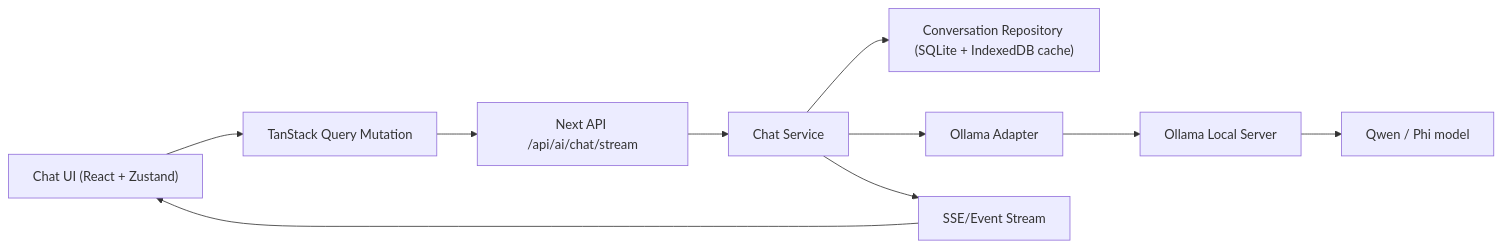
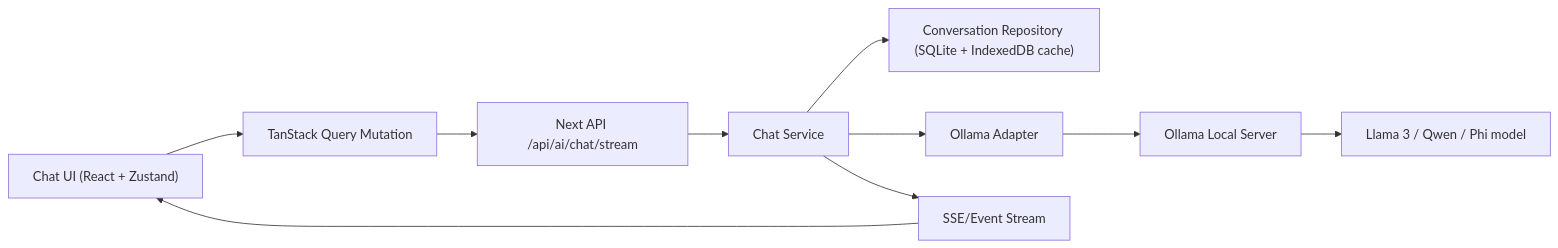
The first of 8 diagrams in docs/ai-subsystem-roadmap.md (kamalswarnkar/Vyrix-AI), drawn with Mermaid before and after one commit. The commit also changed other lines of this file and 28 other files, not shown here.

````diff
--- a/docs/ai-subsystem-roadmap.md
+++ b/docs/ai-subsystem-roadmap.md
@@ -82,12 +82,12 @@
 ```mermaid
 flowchart LR
     UI["Chat UI (React + Zustand)"] --> Query["TanStack Query Mutation"]
     Query --> Route["Next API /api/ai/chat/stream"]
     Route --> Service["Chat Service"]
     Service --> Repo["Conversation Repository (SQLite + IndexedDB cache)"]
     Service --> Adapter["Ollama Adapter"]
     Adapter --> Ollama["Ollama Local Server"]
-    Ollama --> Model["Qwen / Phi model"]
+    Ollama --> Model["Llama 3 / Qwen / Phi model"]
     Service --> Stream["SSE/Event Stream"]
     Stream --> UI
 ```
````
